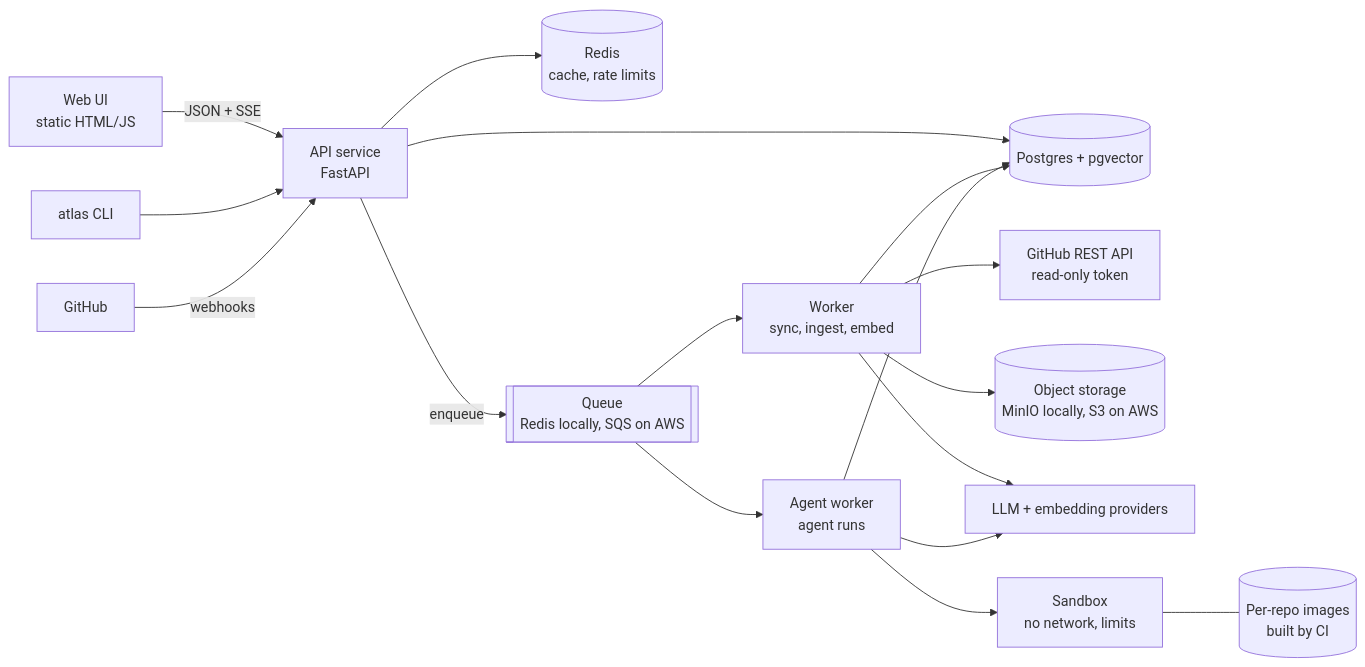
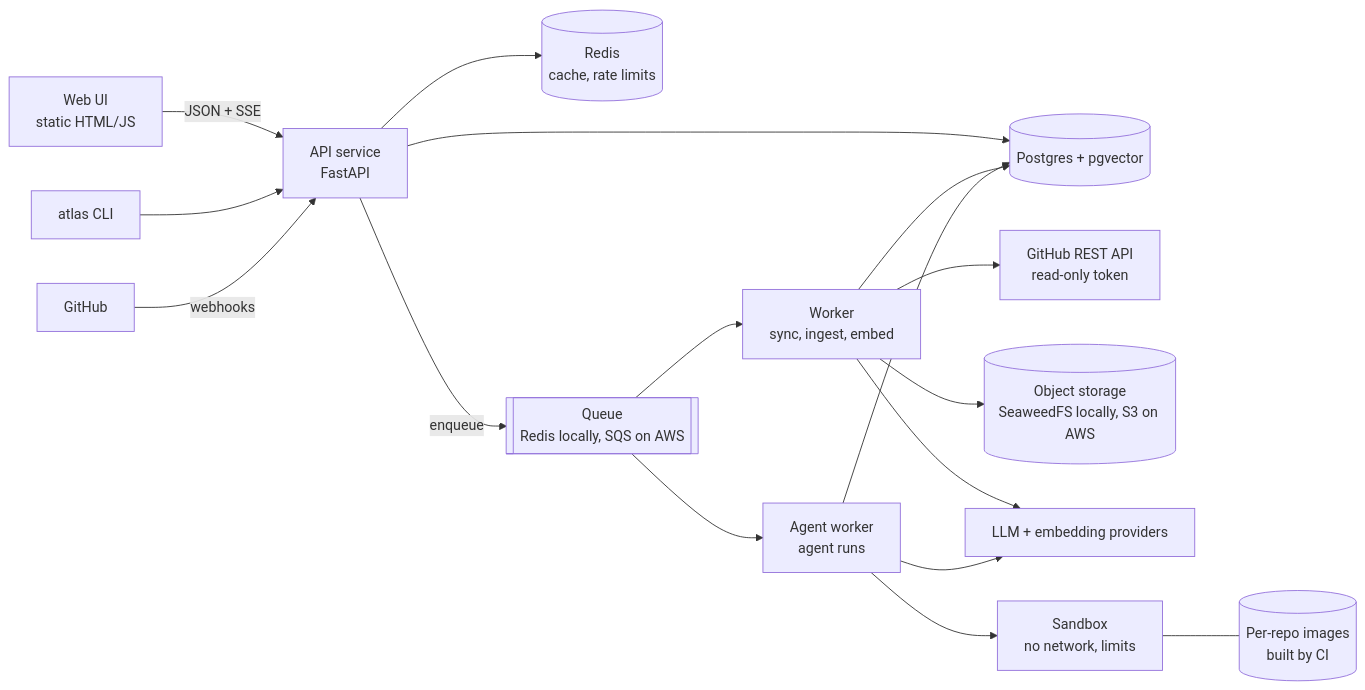
One commit to ashu-tagore/Learning_FastAPI changed the first of 5 diagrams in docs/context/03-architecture.md. Above: the diagram before and after it, drawn with Mermaid. The commit also changed other lines of this file and 10 other files, not shown here.

First line of the commit message:
feat: Added a Redis job queue with at-least-once delivery, and replaced MinIO with SeaweedFS in the plans

````diff
--- a/docs/context/03-architecture.md
+++ b/docs/context/03-architecture.md
@@ -7,19 +7,19 @@
 ```mermaid
 flowchart LR
   UI[Web UI<br/>static HTML/JS] -->|JSON + SSE| API
   CLI[atlas CLI] --> API
   GH[GitHub] -->|webhooks| API
   API[API service<br/>FastAPI] --> PG[(Postgres + pgvector)]
   API --> RD[(Redis<br/>cache, rate limits)]
   API -->|enqueue| Q[[Queue<br/>Redis locally, SQS on AWS]]
   Q --> W[Worker<br/>sync, ingest, embed]
   Q --> AW[Agent worker<br/>agent runs]
   W --> GHAPI[GitHub REST API<br/>read-only token]
-  W --> OS[(Object storage<br/>MinIO locally, S3 on AWS)]
+  W --> OS[(Object storage<br/>SeaweedFS locally, S3 on AWS)]
   W --> PG
   W --> LLM[LLM + embedding providers]
   AW --> PG
   AW --> LLM
   AW --> SB[Sandbox<br/>no network, limits]
   SB --- IMG[(Per-repo images<br/>built by CI)]
 ```
````
